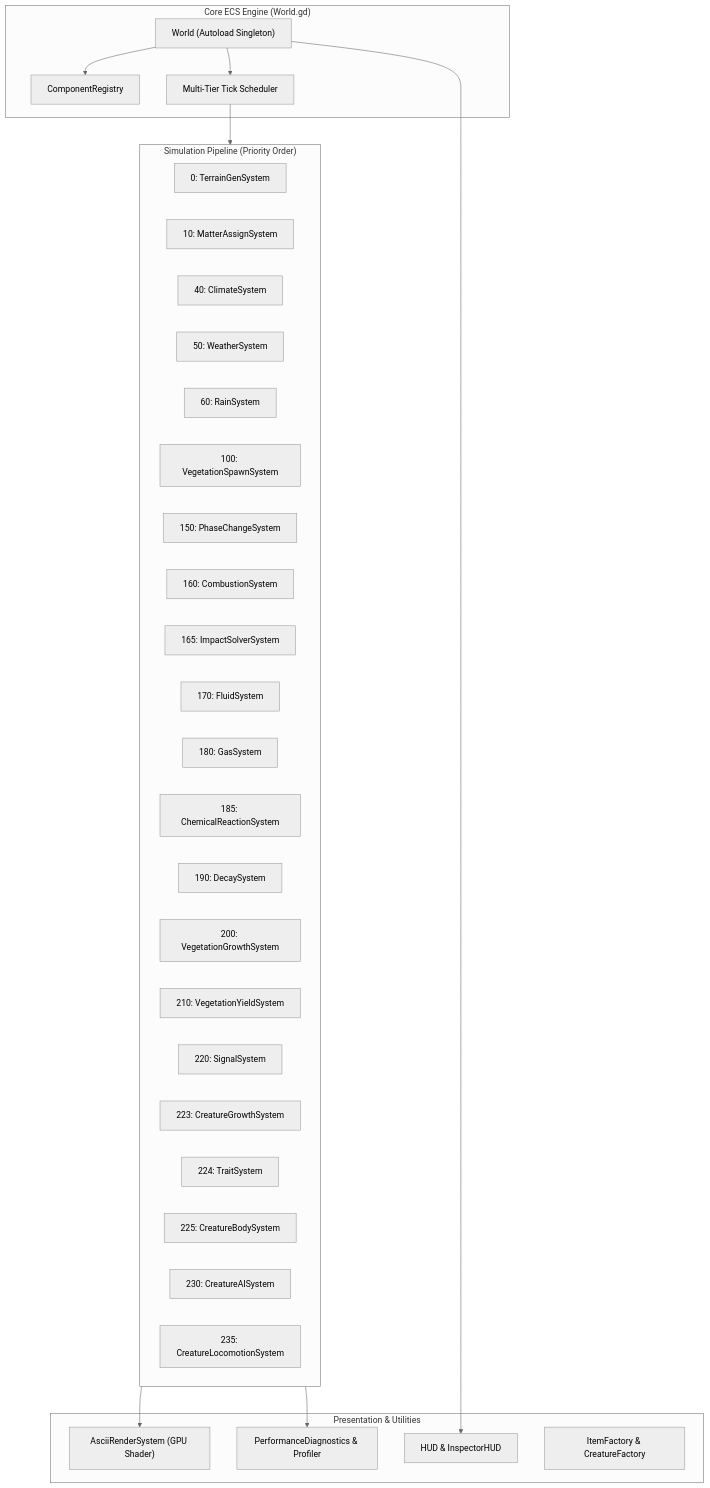
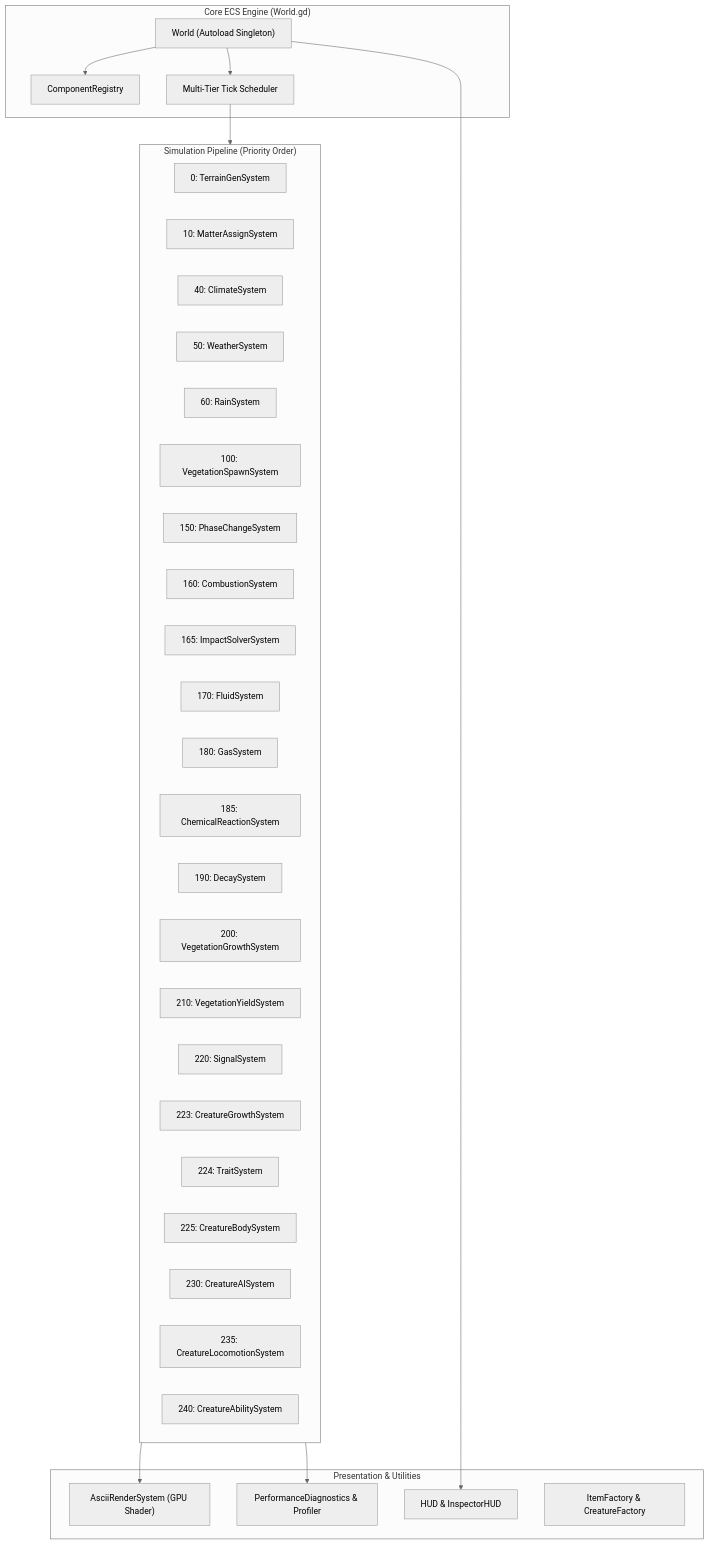
One commit to chryote/spire changed the diagram in SUMMARY.md. Above: the diagram before and after it, drawn with Mermaid (neutral theme). The commit also changed other lines of this file and 26 other files, not shown here.

````diff
--- a/SUMMARY.md
+++ b/SUMMARY.md
@@ -11,46 +11,47 @@
 ```mermaid
 flowchart TD
     subgraph Core ["Core ECS Engine (World.gd)"]
         World["World (Autoload Singleton)"]
         Reg["ComponentRegistry"]
         Sched["Multi-Tier Tick Scheduler"]
     end
 
     subgraph Pipeline ["Simulation Pipeline (Priority Order)"]
         T0["0: TerrainGenSystem"]
         T10["10: MatterAssignSystem"]
         T40["40: ClimateSystem"]
         T50["50: WeatherSystem"]
         T60["60: RainSystem"]
         T100["100: VegetationSpawnSystem"]
         T150["150: PhaseChangeSystem"]
         T160["160: CombustionSystem"]
         T165["165: ImpactSolverSystem"]
         T170["170: FluidSystem"]
         T180["180: GasSystem"]
         T185["185: ChemicalReactionSystem"]
         T190["190: DecaySystem"]
         T200["200: VegetationGrowthSystem"]
         T210["210: VegetationYieldSystem"]
         T220["220: SignalSystem"]
         T223["223: CreatureGrowthSystem"]
         T224["224: TraitSystem"]
         T225["225: CreatureBodySystem"]
         T230["230: CreatureAISystem"]
         T235["235: CreatureLocomotionSystem"]
+        T240["240: CreatureAbilitySystem"]
     end
 
     subgraph Peripherals ["Presentation & Utilities"]
         Render["AsciiRenderSystem (GPU Shader)"]
         Diag["PerformanceDiagnostics & Profiler"]
         HUD_UI["HUD & InspectorHUD"]
         Factories["ItemFactory & CreatureFactory"]
     end
 
     World --> Reg
     World --> Sched
     Sched --> Pipeline
     Pipeline --> Render
     Pipeline --> Diag
     World --> HUD_UI
 ```
````
